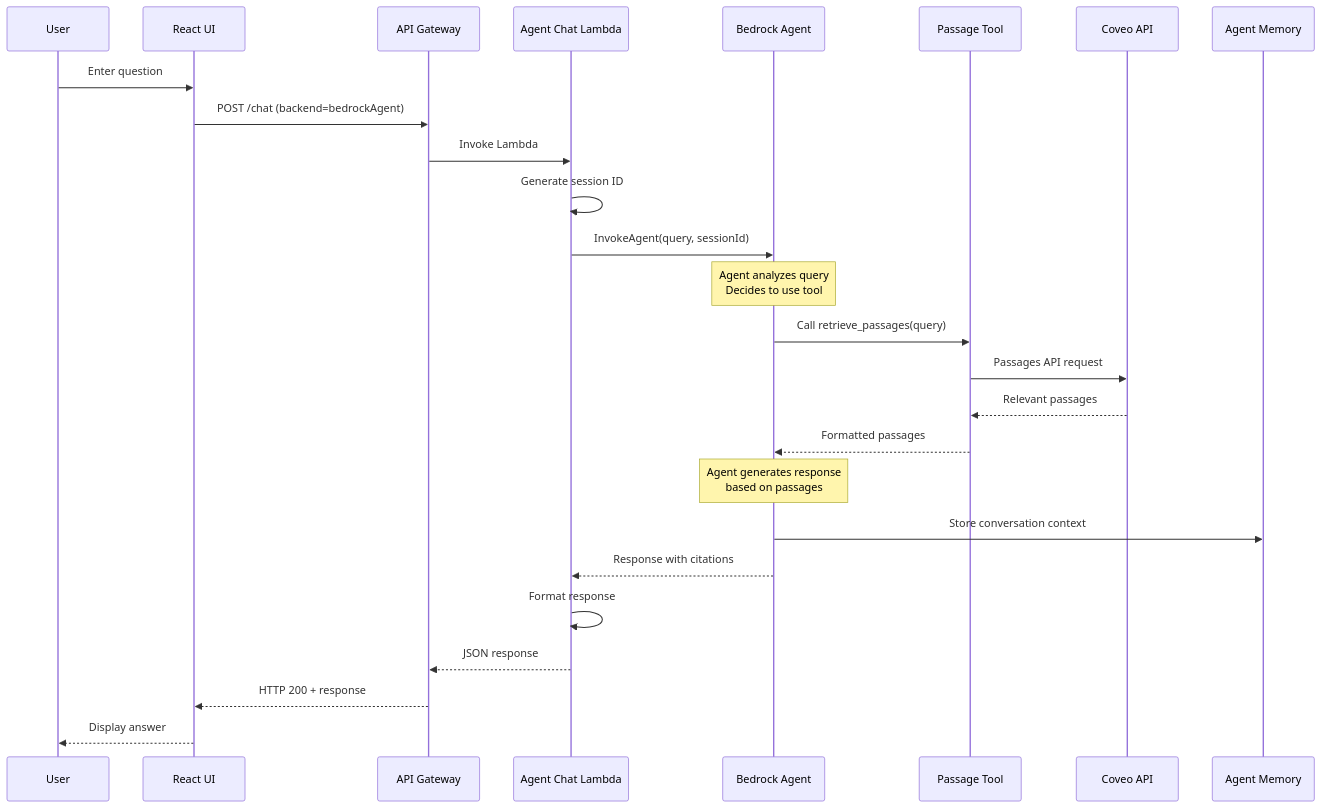
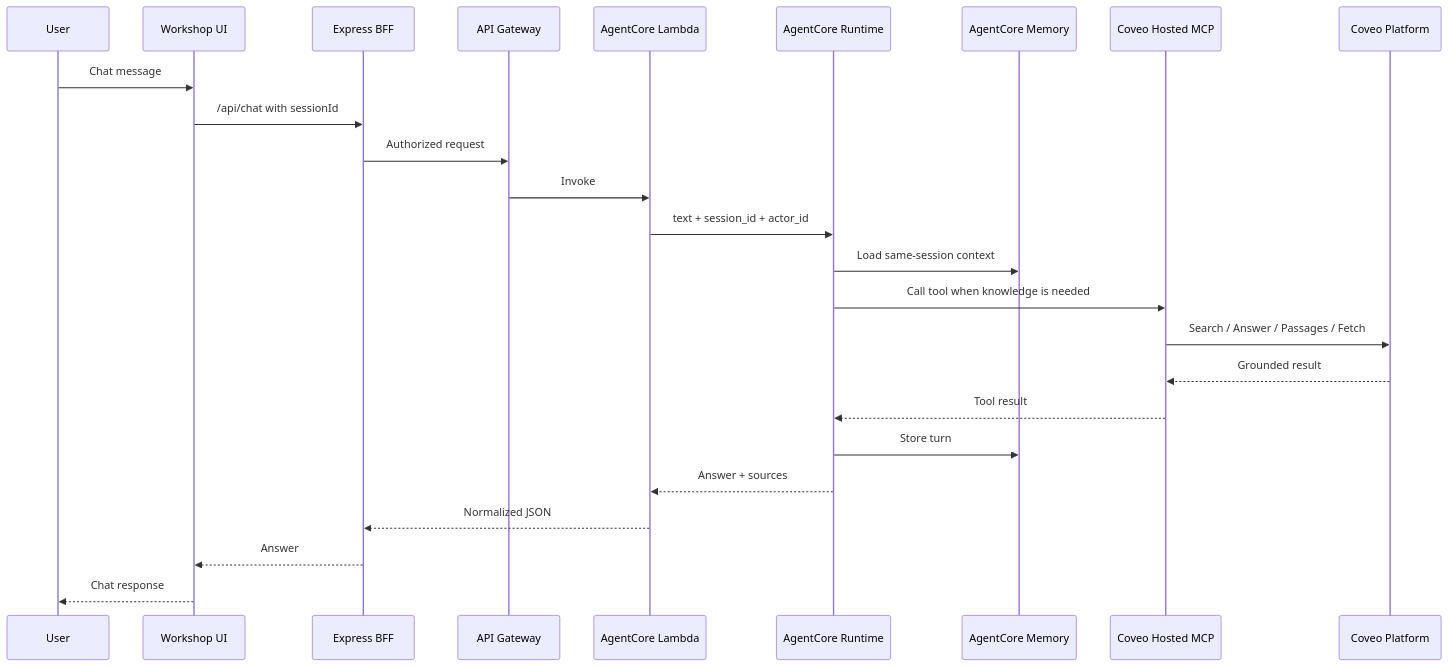
The diagram in mkdocs-workshop/docs/lab2/architecture.md (kpullagu/aws-coveo-workshop-stackset), drawn with Mermaid before and after one commit. The commit also changed other lines of this file and 98 other files, not shown here.

First line of the commit message:
Workshop refresh: AgentCore + Hosted MCP chatbot, native Coveo Search Agent UI, and updated docs

````diff
--- a/mkdocs-workshop/docs/lab2/architecture.md
+++ b/mkdocs-workshop/docs/lab2/architecture.md
@@ -172,33 +7,28 @@
 ```mermaid
 sequenceDiagram
     participant User
-    participant UI as React UI
-    participant AG as API Gateway
-    participant CHAT as Agent Chat Lambda
-    participant AGENT as Bedrock Agent
-    participant TOOL as Passage Tool
-    participant COVEO as Coveo API
-    participant MEM as Agent Memory
-    
-    User->>UI: Enter question
-    UI->>AG: POST /chat (backend=bedrockAgent)
-    AG->>CHAT: Invoke Lambda
-    CHAT->>CHAT: Generate session ID
-    CHAT->>AGENT: InvokeAgent(query, sessionId)
-    
-    Note over AGENT: Agent analyzes query<br/>Decides to use tool
-    
-    AGENT->>TOOL: Call retrieve_passages(query)
-    TOOL->>COVEO: Passages API request
-    COVEO-->>TOOL: Relevant passages
-    TOOL-->>AGENT: Formatted passages
-    
-    Note over AGENT: Agent generates response<br/>based on passages
-    
-    AGENT->>MEM: Store conversation context
-    AGENT-->>CHAT: Response with citations
-    CHAT->>CHAT: Format response
-    CHAT-->>AG: JSON response
-    AG-->>UI: HTTP 200 + response
-    UI-->>User: Display answer
+    participant UI as Workshop UI
+    participant BFF as Express BFF
+    participant API as API Gateway
+    participant Lambda as AgentCore Lambda
+    participant Runtime as AgentCore Runtime
+    participant Memory as AgentCore Memory
+    participant MCP as Coveo Hosted MCP
+    participant Coveo as Coveo Platform
+
+    User->>UI: Chat message
+    UI->>BFF: /api/chat with sessionId
+    BFF->>API: Authorized request
+    API->>Lambda: Invoke
+    Lambda->>Runtime: text + session_id + actor_id
+    Runtime->>Memory: Load same-session context
+    Runtime->>MCP: Call tool when knowledge is needed
+    MCP->>Coveo: Search / Answer / Passages / Fetch
+    Coveo-->>MCP: Grounded result
+    MCP-->>Runtime: Tool result
+    Runtime->>Memory: Store turn
+    Runtime-->>Lambda: Answer + sources
+    Lambda-->>BFF: Normalized JSON
+    BFF-->>UI: Answer
+    UI-->>User: Chat response
 ```
````
